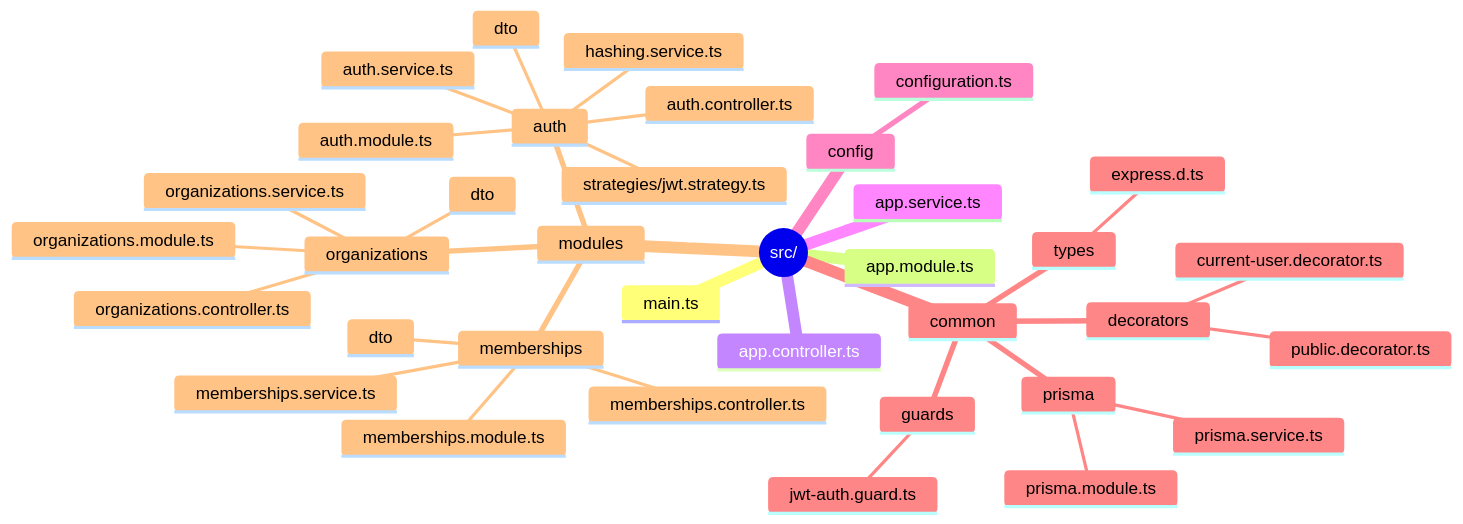
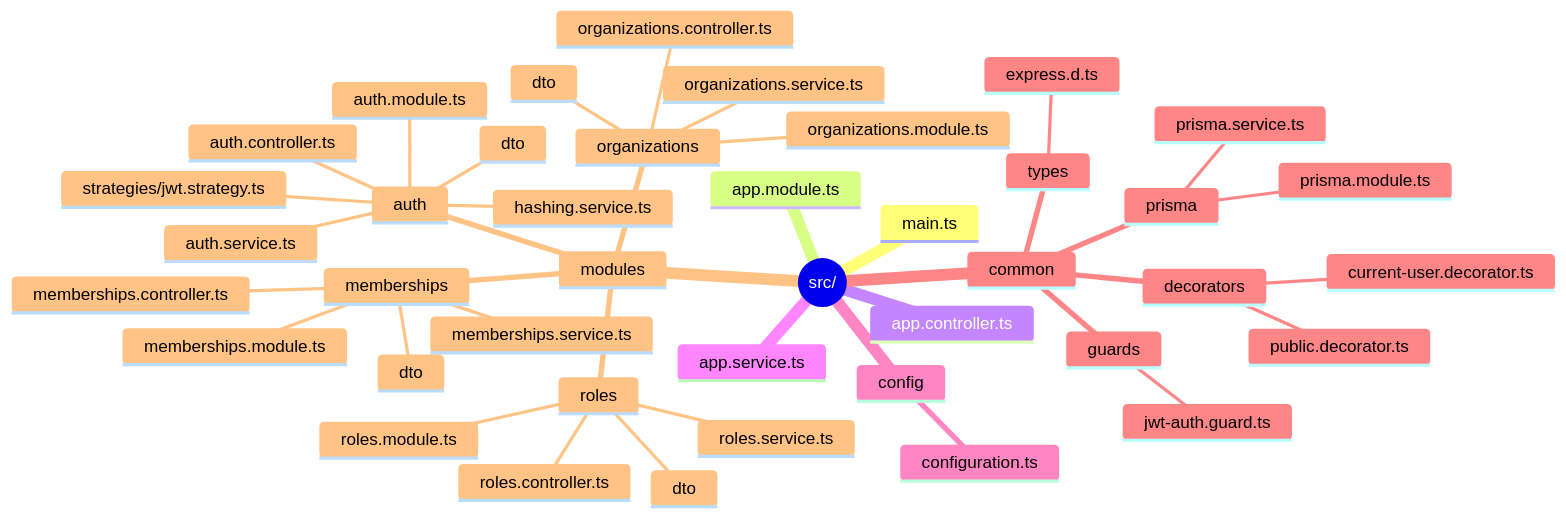
Before and after one commit to amitverma147/enterprise-team-access-control-api: the diagram in docs/PROJECT_STRUCTURE.md, drawn with Mermaid. The commit also changed other lines of this file and 10 other files, not shown here.

````diff
--- a/docs/PROJECT_STRUCTURE.md
+++ b/docs/PROJECT_STRUCTURE.md
@@ -8,39 +8,44 @@
 ```mermaid
 mindmap
   root((src/))
     main.ts
     app.module.ts
     app.controller.ts
     app.service.ts
     config
       configuration.ts
     common
       prisma
         prisma.module.ts
         prisma.service.ts
       guards
         jwt-auth.guard.ts
       decorators
         public.decorator.ts
         current-user.decorator.ts
       types
         express.d.ts
     modules
       auth
         auth.module.ts
         auth.controller.ts
         auth.service.ts
         hashing.service.ts
         strategies/jwt.strategy.ts
         dto
       organizations
         organizations.module.ts
         organizations.controller.ts
         organizations.service.ts
         dto
       memberships
         memberships.module.ts
         memberships.controller.ts
         memberships.service.ts
         dto
+      roles
+        roles.module.ts
+        roles.controller.ts
+        roles.service.ts
+        dto
 ```
````
